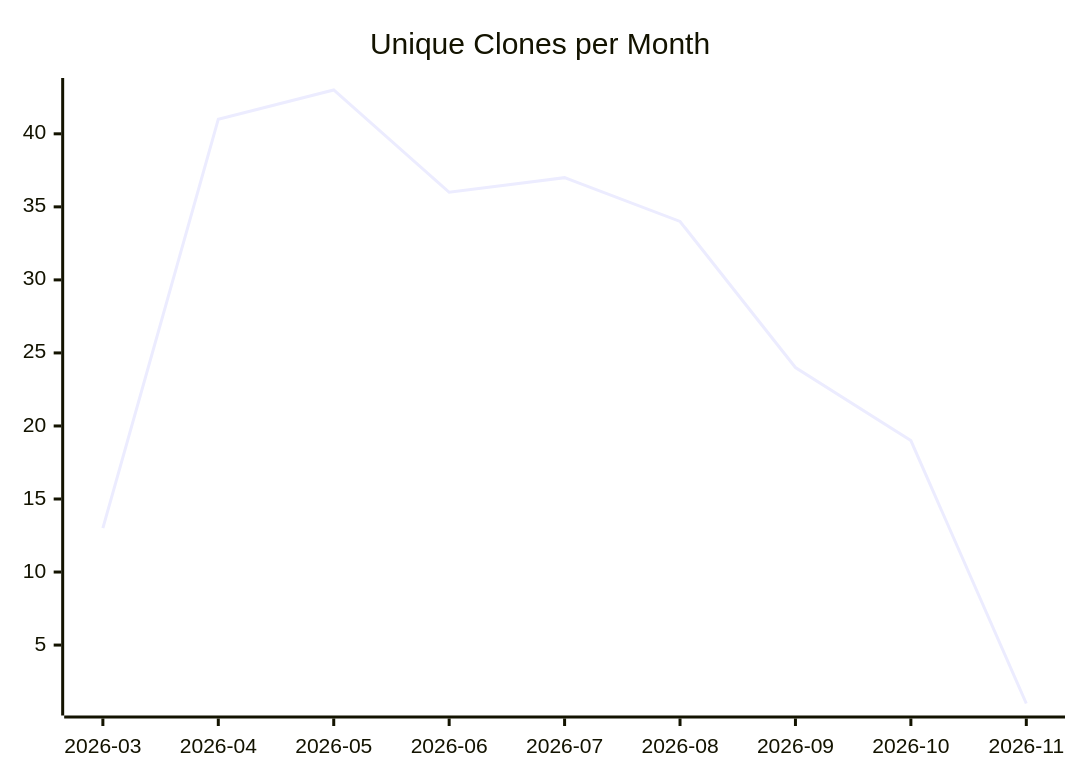
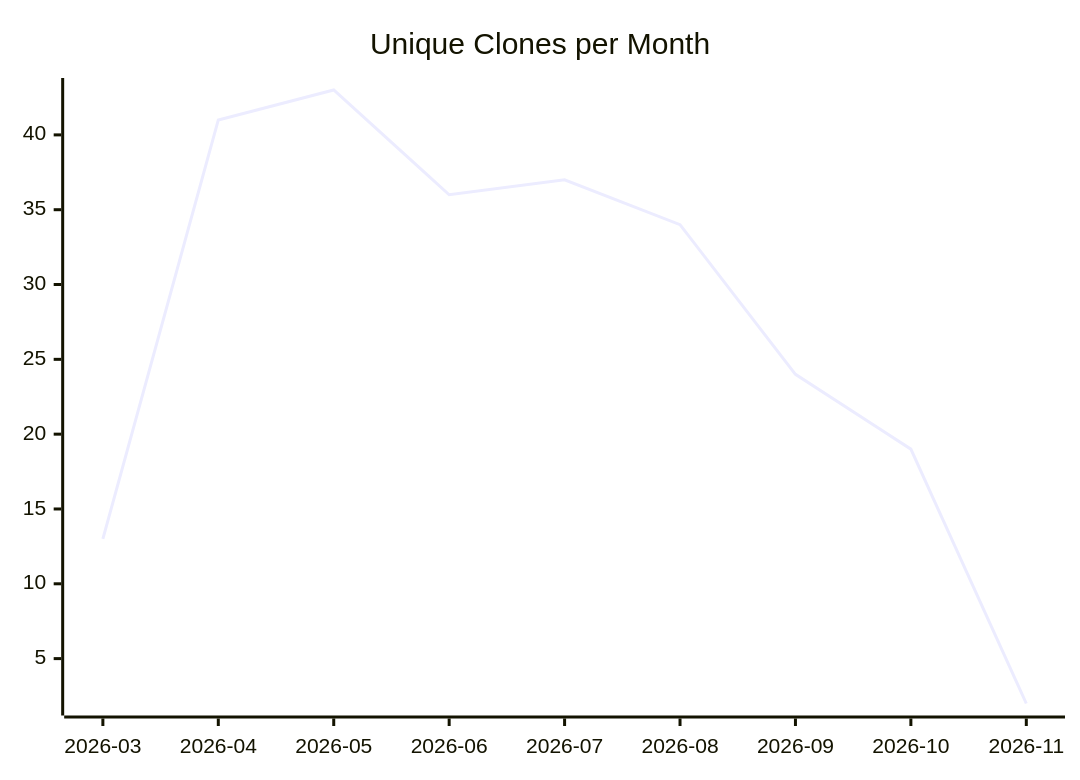
The third of 3 diagrams in karlmdavis/usgs-water-api-java/README.md (justdavis-family/github-analytics-data), drawn with Mermaid before and after one commit. The commit also changed other lines of this file and 193 other files, not shown here.

````diff
--- a/karlmdavis/usgs-water-api-java/README.md
+++ b/karlmdavis/usgs-water-api-java/README.md
@@ -19,6 +19,6 @@
 ```mermaid
 xychart-beta
   title "Unique Clones per Month"
   x-axis ["2026-03", "2026-04", "2026-05", "2026-06", "2026-07", "2026-08", "2026-09", "2026-10", "2026-11"]
-  line [13, 41, 43, 36, 37, 34, 24, 19, 1]
+  line [13, 41, 43, 36, 37, 34, 24, 19, 2]
 ```
````
